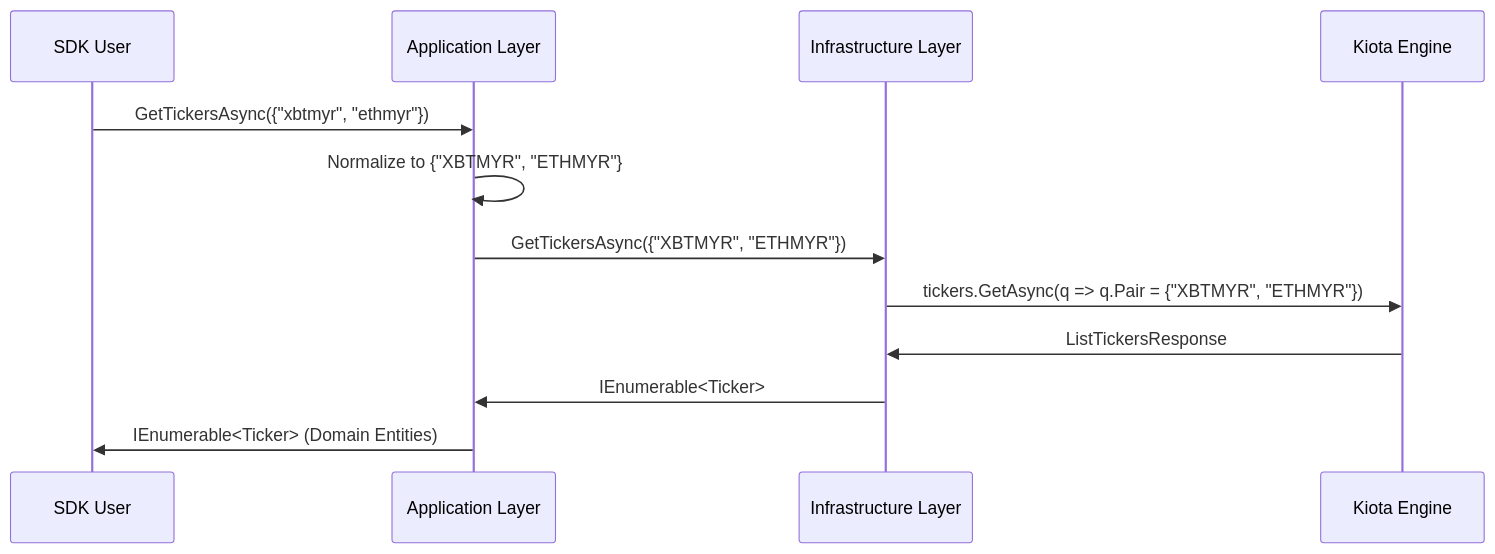
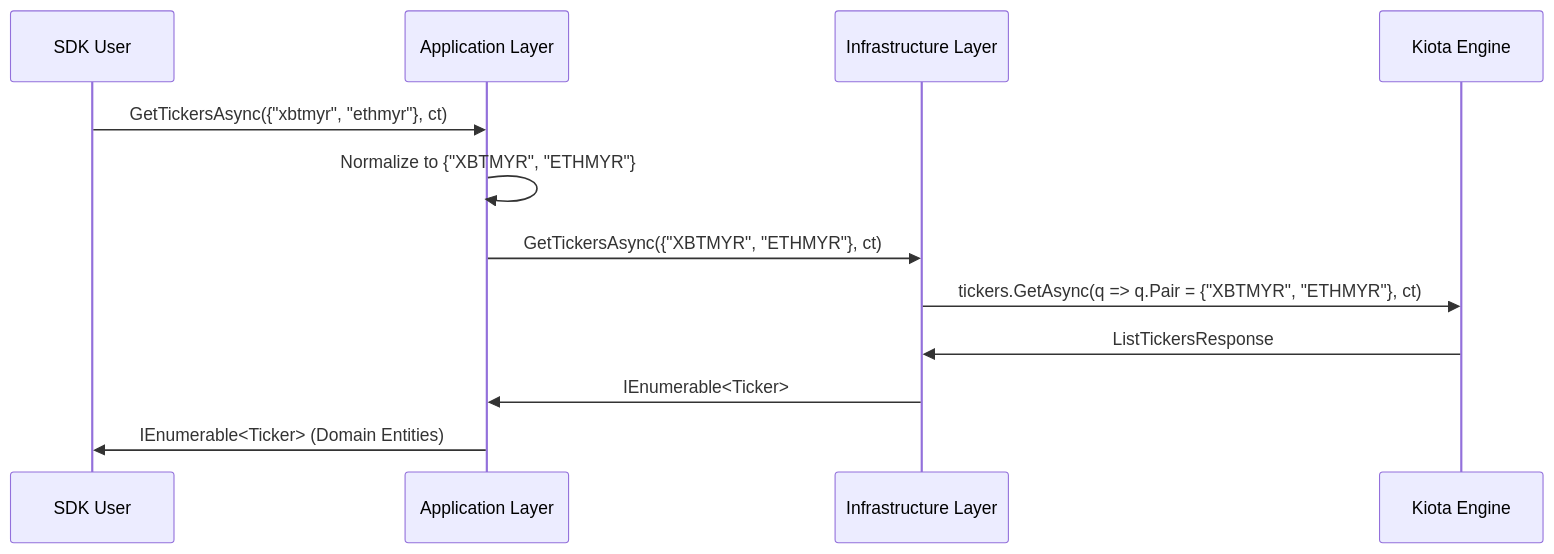
The diagram in docs/rfcs/drafts/RFC007_MultiPairTickerFiltering.md (hsm207/Luno.SDK), drawn with Mermaid before and after one commit. The commit also changed other lines of this file, not shown here.

Commit message:
docs(rfc): add RFC 007 for multi-pair ticker filtering

````diff
--- a/docs/rfcs/drafts/RFC007_MultiPairTickerFiltering.md
+++ b/docs/rfcs/drafts/RFC007_MultiPairTickerFiltering.md
@@ -34,15 +34,17 @@
 ```mermaid
 sequenceDiagram
+    %% <!-- MachineTruth: TickerFilteringPipeline -->
+    %% <!-- MachineTruth: NormalizationPolicy: ToUpperInvariant -->
     participant User as SDK User
     participant App as Application Layer
     participant Infra as Infrastructure Layer
     participant Kiota as Kiota Engine
 
-    User->>App: GetTickersAsync({"xbtmyr", "ethmyr"})
+    User->>App: GetTickersAsync({"xbtmyr", "ethmyr"}, ct)
     App->>App: Normalize to {"XBTMYR", "ETHMYR"}
-    App->>Infra: GetTickersAsync({"XBTMYR", "ETHMYR"})
-    Infra->>Kiota: tickers.GetAsync(q => q.Pair = {"XBTMYR", "ETHMYR"})
+    App->>Infra: GetTickersAsync({"XBTMYR", "ETHMYR"}, ct)
+    Infra->>Kiota: tickers.GetAsync(q => q.Pair = {"XBTMYR", "ETHMYR"}, ct)
     Kiota->>Infra: ListTickersResponse
     Infra->>App: IEnumerable<Ticker>
     App->>User: IEnumerable<Ticker> (Domain Entities)
 ```
````
